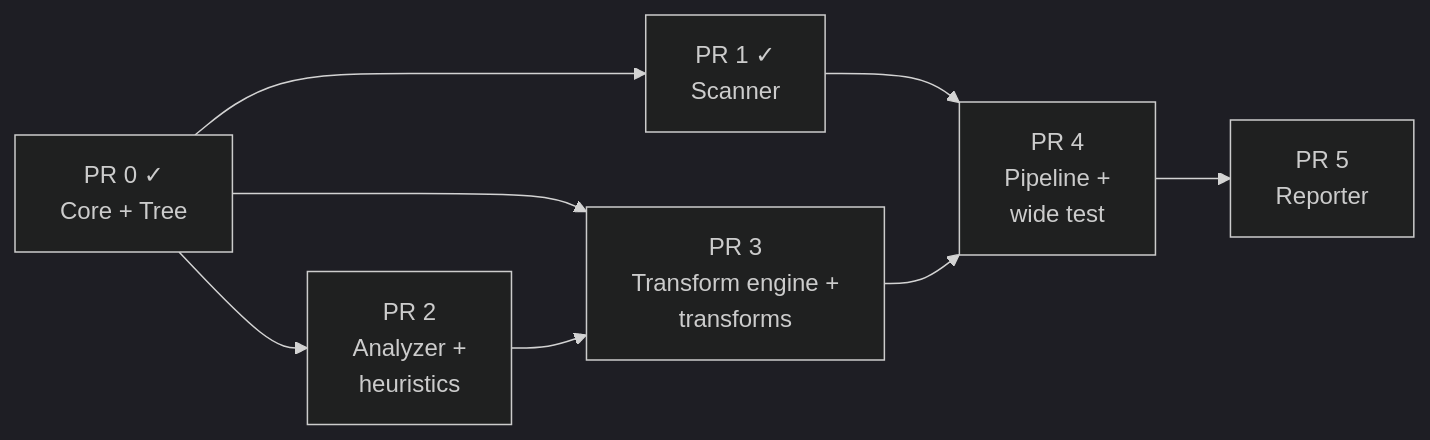
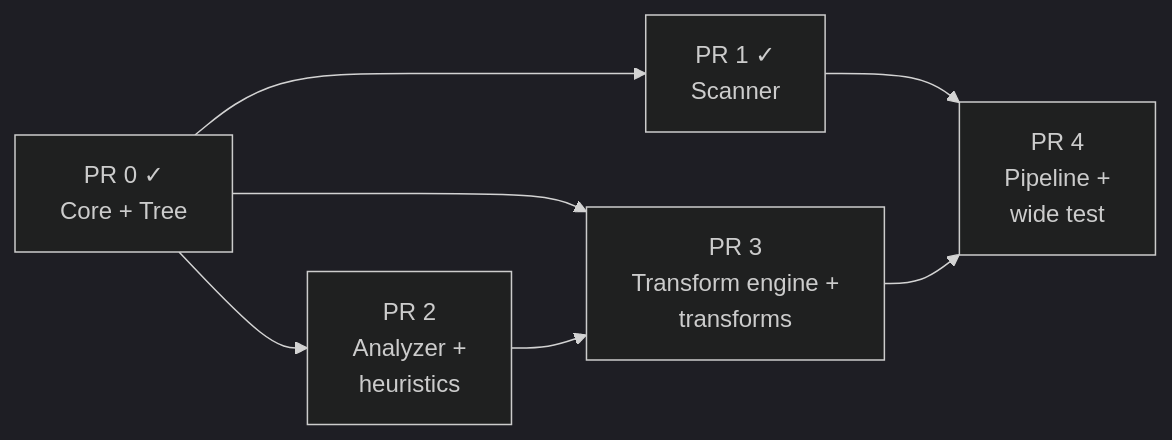
One commit to testmex/testmex changed the third of 3 diagrams in design-docs/001-vitestify.md. Above: the diagram before and after it, drawn with Mermaid (dark theme). The commit also changed other lines of this file, not shown here.

````diff
--- a/design-docs/001-vitestify.md
+++ b/design-docs/001-vitestify.md
@@ -467,17 +441,15 @@
 ```mermaid
 flowchart LR
     PR0["PR 0 ✓<br>Core + Tree"]
     PR1["PR 1 ✓<br>Scanner"]
     PR2["PR 2<br>Analyzer +<br>heuristics"]
     PR3["PR 3<br>Transform engine +<br>transforms"]
     PR4["PR 4<br>Pipeline +<br>wide test"]
-    PR5["PR 5<br>Reporter"]
 
     PR0 --> PR1
     PR0 --> PR2
     PR0 --> PR3
     PR1 --> PR4
     PR2 --> PR3
     PR3 --> PR4
-    PR4 --> PR5
 ```
````
